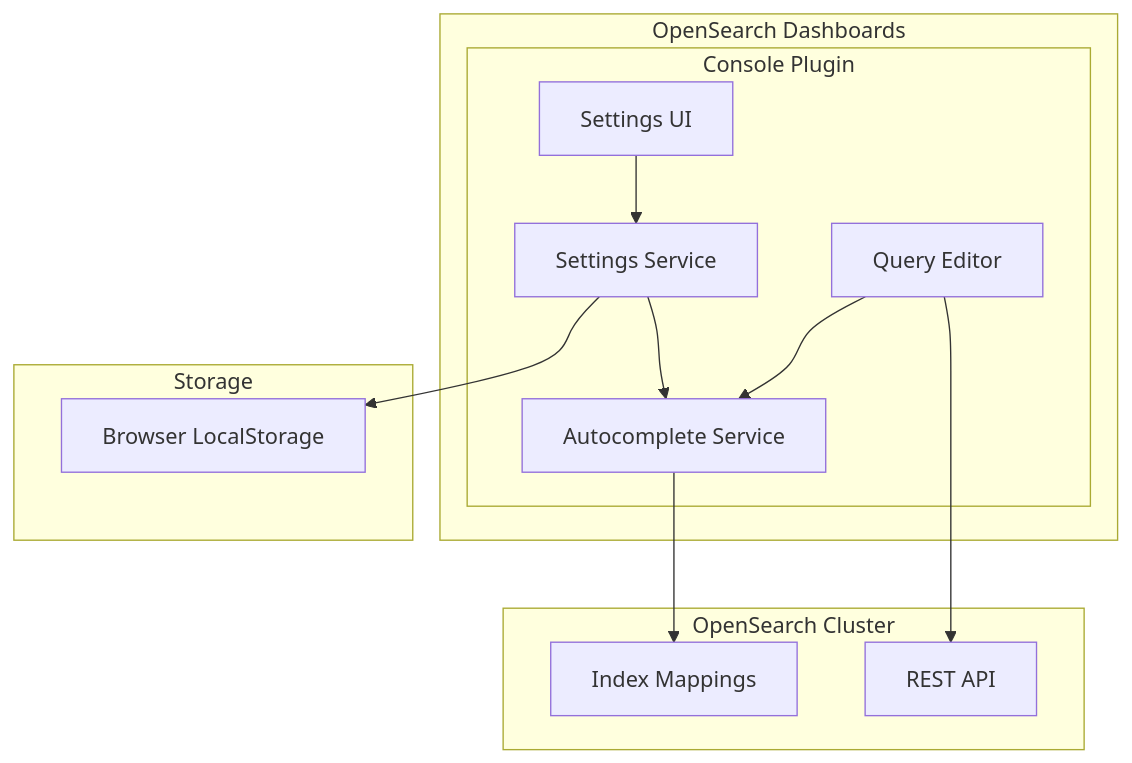
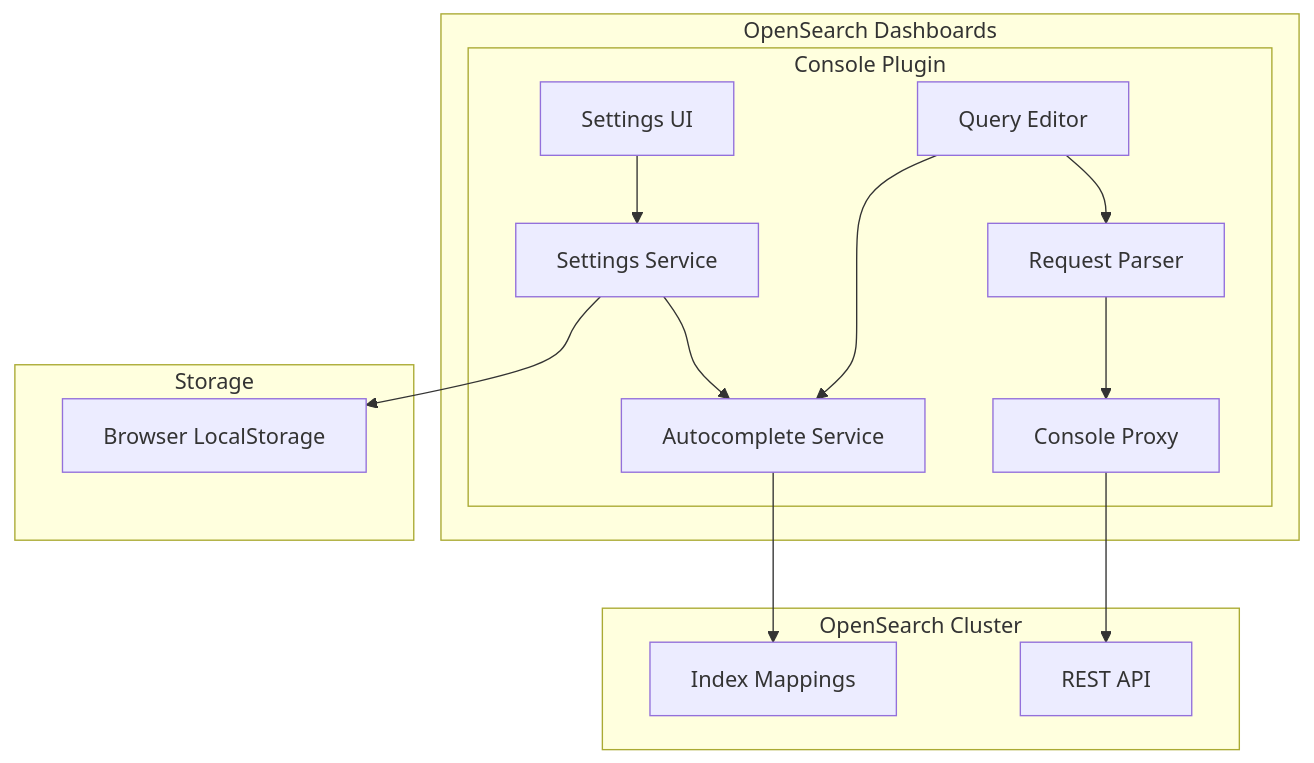
Before and after one commit to tkykenmt/opensearch-feature-explorer: the diagram in docs/features/opensearch-dashboards/dashboards-console.md, drawn with Mermaid. The commit also changed other lines of this file and 2 other files, not shown here.

````diff
--- a/docs/features/opensearch-dashboards/dashboards-console.md
+++ b/docs/features/opensearch-dashboards/dashboards-console.md
@@ -11,27 +11,31 @@
 ```mermaid
 graph TB
     subgraph "OpenSearch Dashboards"
         subgraph "Console Plugin"
             UI[Settings UI]
             Editor[Query Editor]
             Settings[Settings Service]
             Autocomplete[Autocomplete Service]
+            Parser[Request Parser]
+            Proxy[Console Proxy]
         end
     end
     
     subgraph "Storage"
         LocalStorage[Browser LocalStorage]
     end
     
     subgraph "OpenSearch Cluster"
         Mappings[Index Mappings]
         API[REST API]
     end
     
     UI --> Settings
     Settings --> LocalStorage
     Settings --> Autocomplete
     Autocomplete --> Mappings
-    Editor --> API
+    Editor --> Parser
+    Parser --> Proxy
+    Proxy --> API
     Editor --> Autocomplete
 ```
````
